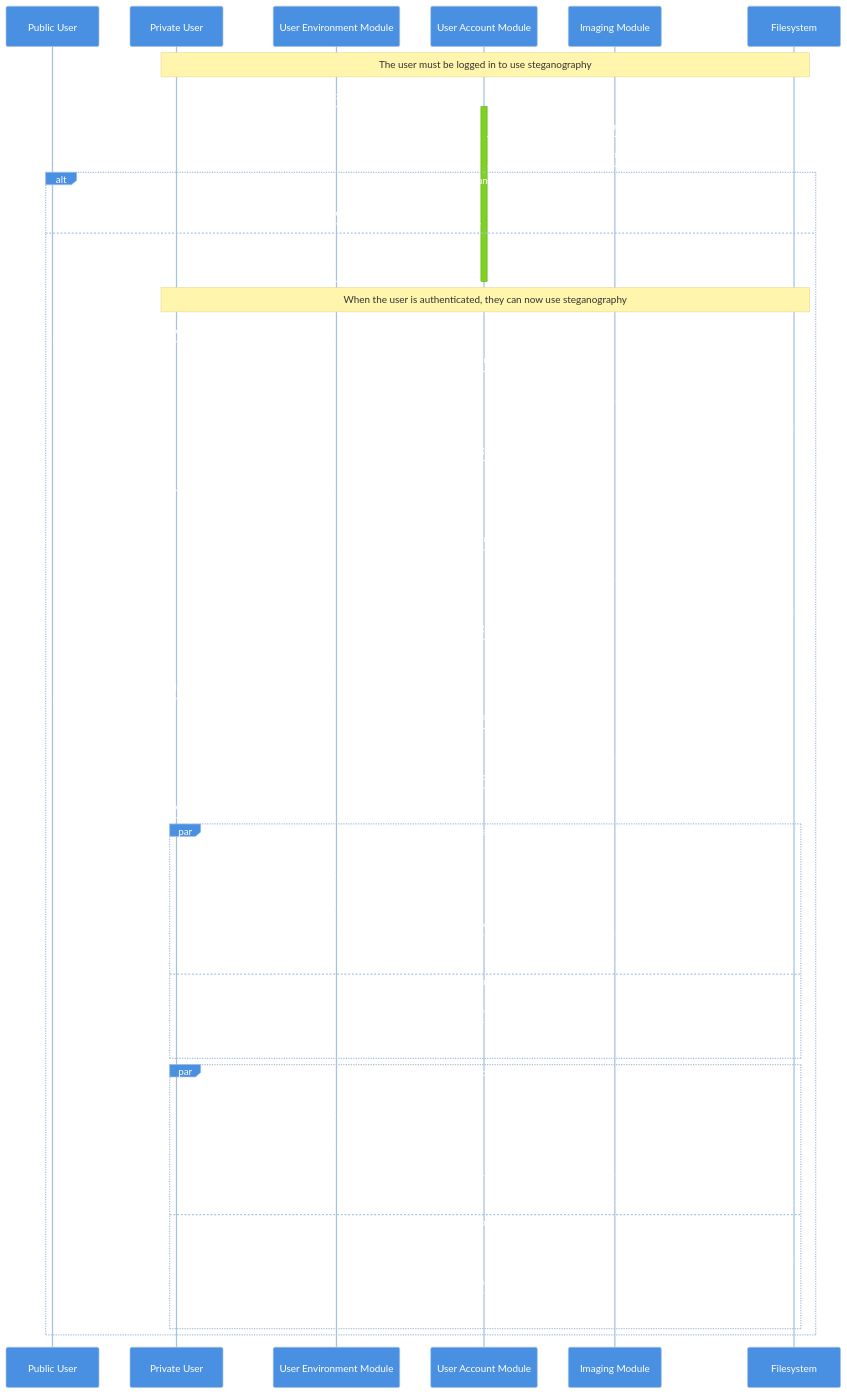
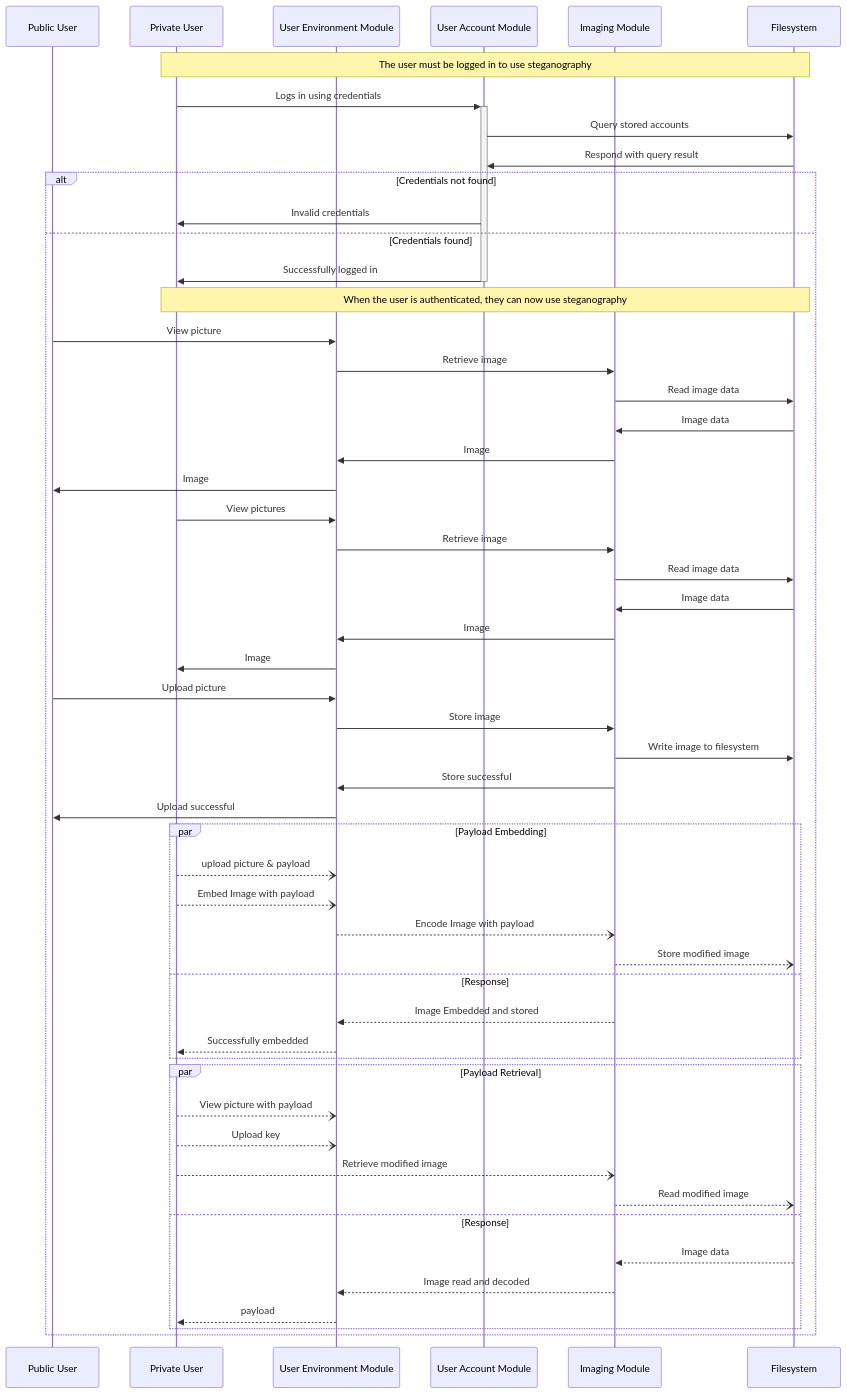
Before and after one commit to csci265-team/HiddenFrame: the first of 4 diagrams in documentation/design.md, drawn with Mermaid.

Commit message:
changed palette again for state diagram

```diff
--- a/documentation/design.md
+++ b/documentation/design.md
@@ -60,76 +60,77 @@
 ~~~mermaid
 ---
 Title: Design Overview
 ---
 
 %%{
   init: {
     'theme': 'base',
     'themeVariables': {
       'primaryColor': '#4A90E2',
       'primaryTextColor': '#FFFFFF',
       'primaryBorderColor': '#A6C1E0',
-      'lineColor': '#F2C94C',
+      'actorLineColor': '#F2C94C',
+      'signalColor': '#FF4500',
       'secondaryColor': '#7ED321',
       'tertiaryColor': '#F5F7FA'
     }
   }
 }%%
 
 sequenceDiagram
     participant public as Public User
     participant private as Private User
     participant main as User Environment Module
     participant account as User Account Module
     participant image as Imaging Module
     participant db as Filesystem
 
     Note over private,db: The user must be logged in to use steganography
     private->>+account: Logs in using credentials
     account->>db: Query stored accounts
     db->>account: Respond with query result
 
     alt Credentials not found
         account->>private: Invalid credentials
     else Credentials found
         account->>-private: Successfully logged in
         Note over private,db: When the user is authenticated, they can now use steganography
         public->>main: View picture
         main->>image: Retrieve image
         image->>db: Read image data
         db->>image: Image data
         image->>main: Image
         main->>public: Image
         private->>main: View pictures
         main->>image: Retrieve image
         image->>db: Read image data
         db->>image: Image data
         image->>main: Image
         main->>private: Image
         public->>main: Upload picture
         main->>image: Store image
         image->>db: Write image to filesystem
         image->>main: Store successful
         main->>public: Upload successful
         par Payload Embedding
             private--)main: upload picture & payload
             private--)main: Embed Image with payload
             main--)image: Encode Image with payload
             image--)db: Store modified image
         and Response
             image-->>main: Image Embedded and stored
             main-->>private: Successfully embedded
         end
         par Payload Retrieval
             private--)main: View picture with payload
             private--)main: Upload key
             private--)image: Retrieve modified image
             image--)db: Read modified image
         and Response
             db-->>image: Image data
             image-->>main: Image read and decoded
             main-->>private: payload
         end
     end
 
 ~~~
```
